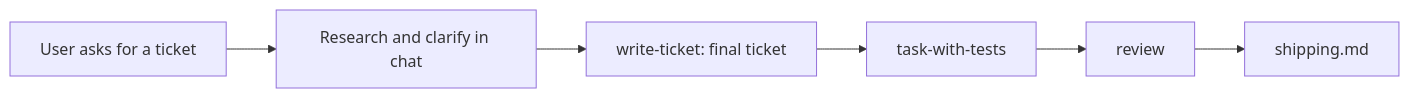
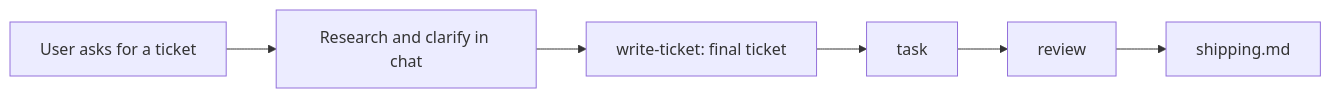
One commit to Gabriel-Lafrance/Skills changed the diagram in skills/rules/journeys/new-feature.md. Above: the diagram before and after it, drawn with Mermaid. The commit also changed other lines of this file and 32 other files, not shown here.

First line of the commit message:
feat: drop task-with-tests and make tests coded verifications owned by /verification

````diff
--- a/skills/rules/journeys/new-feature.md
+++ b/skills/rules/journeys/new-feature.md
@@ -8,8 +8,8 @@
 ```mermaid
 flowchart LR
   ask[User asks for a ticket] --> research[Research and clarify in chat]
   research --> plan[write-ticket: final ticket]
-  plan --> build[task-with-tests]
+  plan --> build[task]
   build --> review[review]
   review --> ship[shipping.md]
 ```
````
